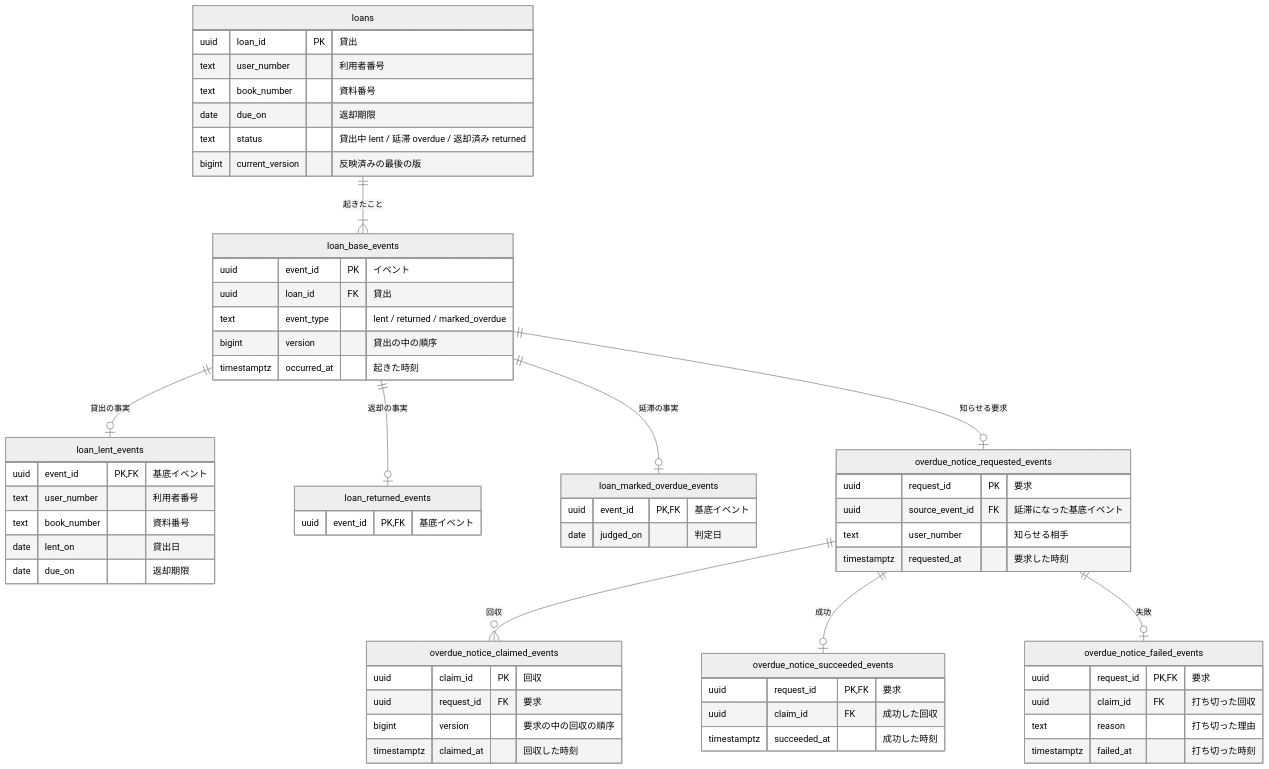
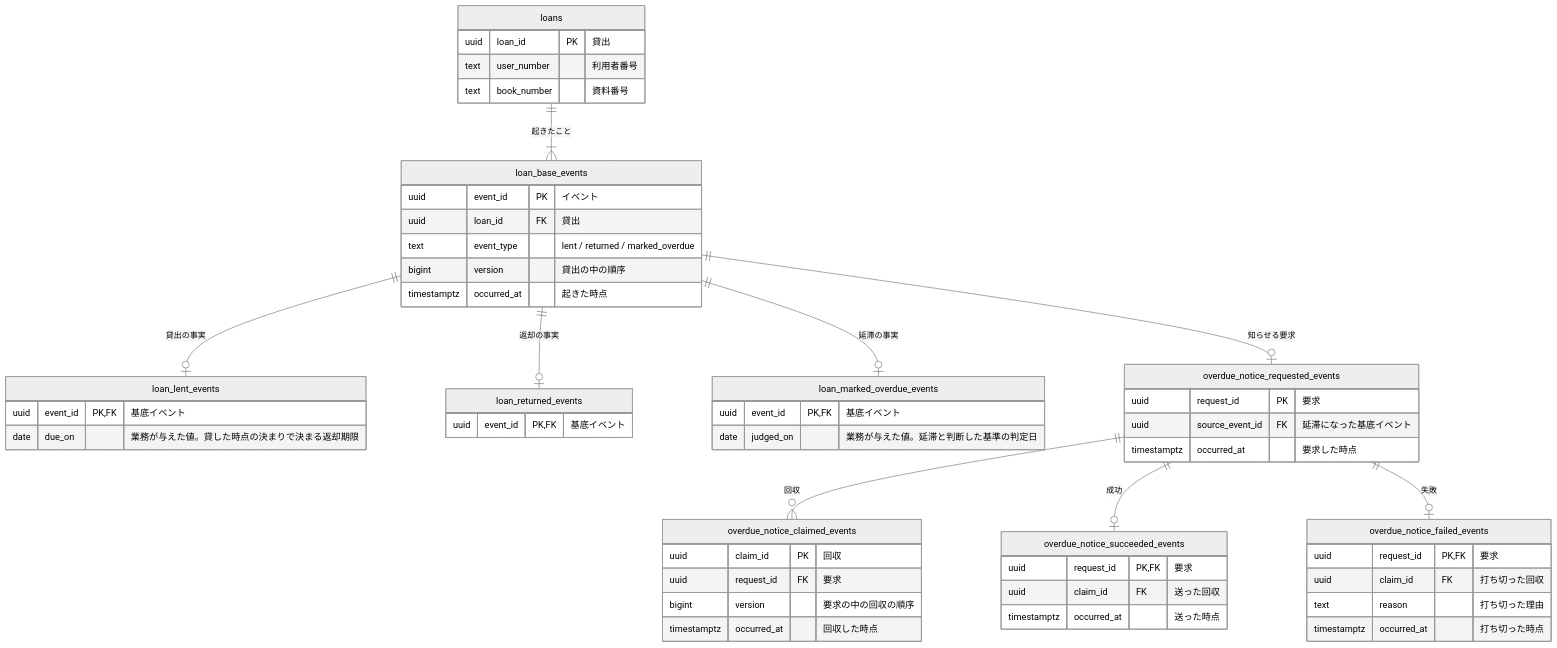
Before and after one commit to nakamori-naoya/write-doc-plugins: the diagram in plugins/write-doc/skills/write-doc/assets/examples/rdb-logical-data-modeling.example.md, drawn with Mermaid (neutral theme). The commit also changed other lines of this file and 3 other files, not shown here.

First line of the commit message:
fix(rdb-logical, rdb-physical): データと情報を分け、時刻を occurred_at に一本化し、列を erDiagram だけに書く

````diff
--- a/plugins/write-doc/skills/write-doc/assets/examples/rdb-logical-data-modeling.example.md
+++ b/plugins/write-doc/skills/write-doc/assets/examples/rdb-logical-data-modeling.example.md
@@ -26,63 +26,56 @@
 ```mermaid
 erDiagram
     loans {
         uuid loan_id PK "貸出"
         text user_number "利用者番号"
         text book_number "資料番号"
-        date due_on "返却期限"
-        text status "貸出中 lent / 延滞 overdue / 返却済み returned"
-        bigint current_version "反映済みの最後の版"
     }
     loan_base_events {
         uuid event_id PK "イベント"
         uuid loan_id FK "貸出"
         text event_type "lent / returned / marked_overdue"
         bigint version "貸出の中の順序"
-        timestamptz occurred_at "起きた時刻"
+        timestamptz occurred_at "起きた時点"
     }
     loan_lent_events {
         uuid event_id PK, FK "基底イベント"
-        text user_number "利用者番号"
-        text book_number "資料番号"
-        date lent_on "貸出日"
-        date due_on "返却期限"
+        date due_on "業務が与えた値。貸した時点の決まりで決まる返却期限"
     }
     loan_returned_events {
         uuid event_id PK, FK "基底イベント"
     }
     loan_marked_overdue_events {
         uuid event_id PK, FK "基底イベント"
-        date judged_on "判定日"
+        date judged_on "業務が与えた値。延滞と判断した基準の判定日"
     }
     overdue_notice_requested_events {
         uuid request_id PK "要求"
         uuid source_event_id FK "延滞になった基底イベント"
-        text user_number "知らせる相手"
-        timestamptz requested_at "要求した時刻"
+        timestamptz occurred_at "要求した時点"
     }
     overdue_notice_claimed_events {
         uuid claim_id PK "回収"
         uuid request_id FK "要求"
         bigint version "要求の中の回収の順序"
-        timestamptz claimed_at "回収した時刻"
+        timestamptz occurred_at "回収した時点"
     }
     overdue_notice_succeeded_events {
         uuid request_id PK, FK "要求"
-        uuid claim_id FK "成功した回収"
-        timestamptz succeeded_at "成功した時刻"
+        uuid claim_id FK "送った回収"
+        timestamptz occurred_at "送った時点"
     }
     overdue_notice_failed_events {
         uuid request_id PK, FK "要求"
         uuid claim_id FK "打ち切った回収"
         text reason "打ち切った理由"
-        timestamptz failed_at "打ち切った時刻"
+        timestamptz occurred_at "打ち切った時点"
     }
     loans ||--|{ loan_base_events : "起きたこと"
     loan_base_events ||--o| loan_lent_events : "貸出の事実"
     loan_base_events ||--o| loan_returned_events : "返却の事実"
     loan_base_events ||--o| loan_marked_overdue_events : "延滞の事実"
     loan_base_events ||--o| overdue_notice_requested_events : "知らせる要求"
     overdue_notice_requested_events ||--o{ overdue_notice_claimed_events : "回収"
     overdue_notice_requested_events ||--o| overdue_notice_succeeded_events : "成功"
     overdue_notice_requested_events ||--o| overdue_notice_failed_events : "失敗"
 ```
````
